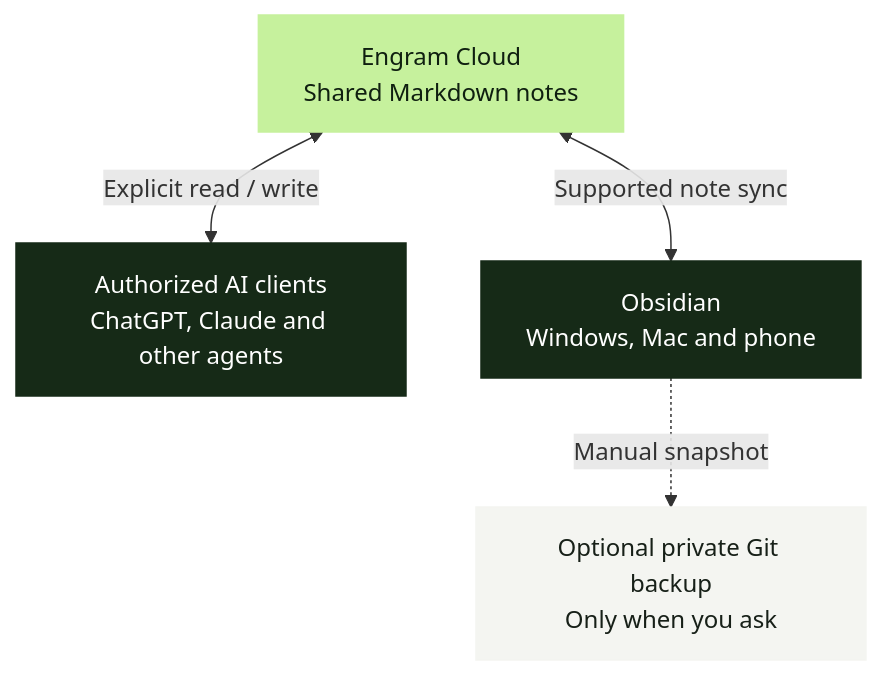
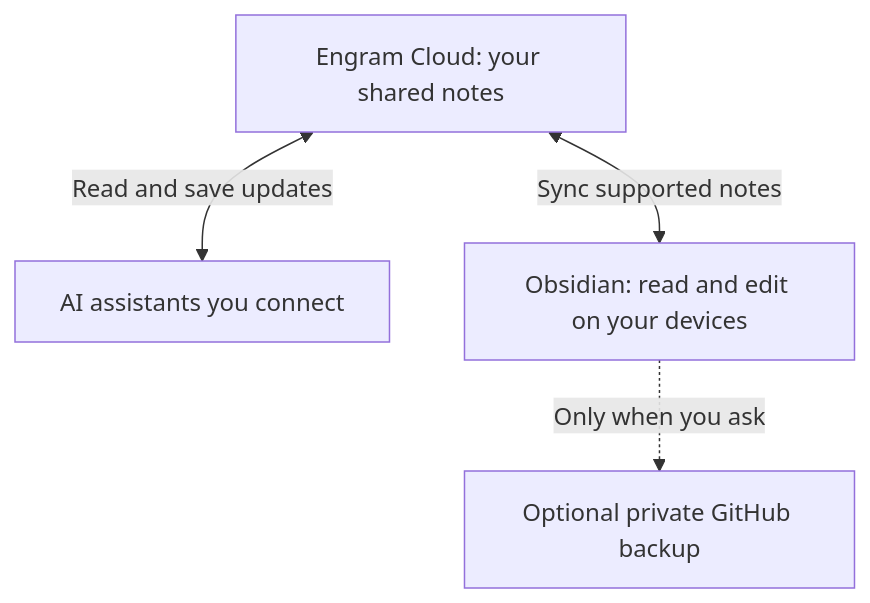
The diagram in README.md (tyyy-z/brain-carry), drawn with Mermaid before and after one commit. The commit also changed other lines of this file and 3 other files, not shown here.

````diff
--- a/README.md
+++ b/README.md
@@ -19,16 +40,10 @@
 ```mermaid
 flowchart TB
-    Cloud["Engram Cloud<br/>Shared Markdown notes"]
-    Agents["Authorized AI clients<br/>ChatGPT, Claude and other agents"]
-    Obsidian["Obsidian<br/>Windows, Mac and phone"]
-    Backup["Optional private Git backup<br/>Only when you ask"]
-    Cloud <-->|Explicit read / write| Agents
-    Cloud <-->|Supported note sync| Obsidian
-    Obsidian -.->|Manual snapshot| Backup
-    classDef cloud fill:#c6f19d,color:#0f1f10,stroke:#c6f19d
-    classDef client fill:#162a17,color:#ffffff,stroke:#162a17
-    classDef backup fill:#f4f5f1,color:#172018,stroke:#f4f5f1
-    class Cloud cloud
-    class Agents,Obsidian client
-    class Backup backup
+    Notes["Engram Cloud: your shared notes"]
+    AI["AI assistants you connect"]
+    Editor["Obsidian: read and edit on your devices"]
+    Backup["Optional private GitHub backup"]
+    Notes <-->|Read and save updates| AI
+    Notes <-->|Sync supported notes| Editor
+    Editor -.->|Only when you ask| Backup
 ```
````
